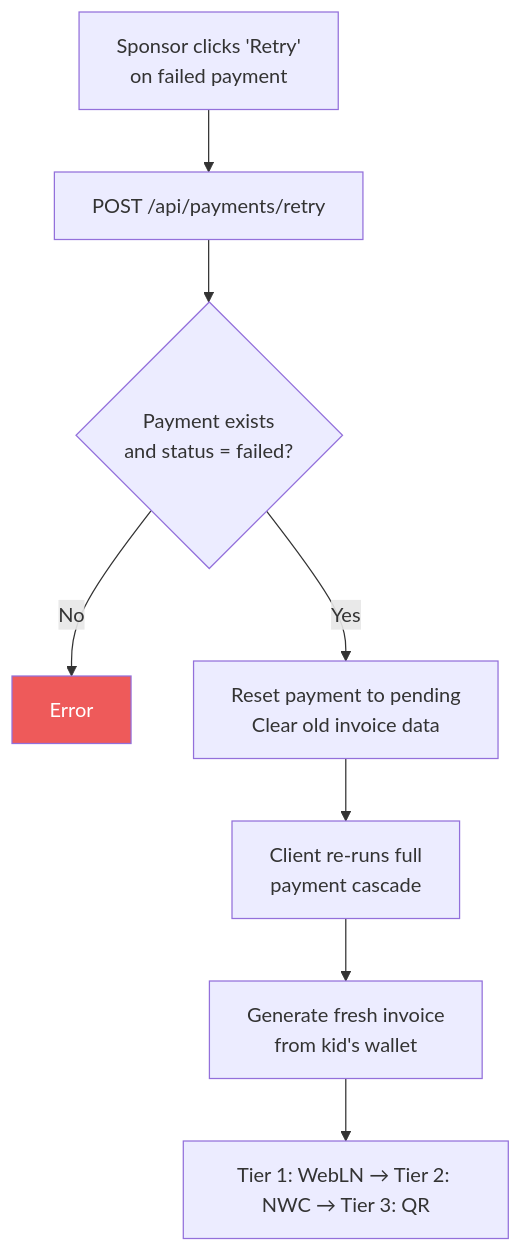
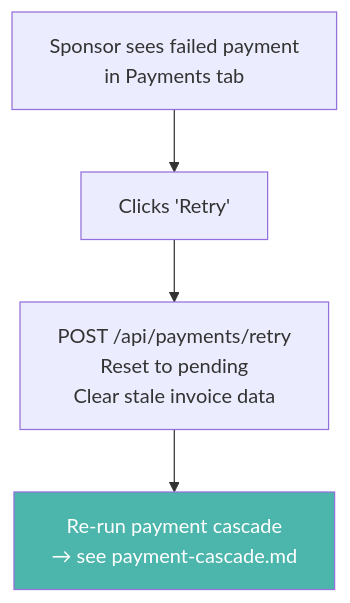
Before and after one commit to bitbybit-ar/bitbybit-habits: the diagram in docs/flows/payment-retry.md, drawn with Mermaid. The commit also changed other lines of this file and 1 other file, not shown here.

Commit message:
docs: add invoice expiry to cascade, deduplicate retry across flow docs

````diff
--- a/docs/flows/payment-retry.md
+++ b/docs/flows/payment-retry.md
@@ -7,12 +16,8 @@
 ```mermaid
 flowchart TD
-    A["Sponsor clicks 'Retry'<br/>on failed payment"] --> B["POST /api/payments/retry"]
-    B --> C{Payment exists<br/>and status = failed?}
-    C -- No --> D["Error"]
-    C -- Yes --> E["Reset payment to pending<br/>Clear old invoice data"]
-    E --> F["Client re-runs full<br/>payment cascade"]
-    F --> G["Generate fresh invoice<br/>from kid's wallet"]
-    G --> H["Tier 1: WebLN → Tier 2: NWC → Tier 3: QR"]
+    A["Sponsor sees failed payment<br/>in Payments tab"] --> B["Clicks 'Retry'"]
+    B --> C["POST /api/payments/retry<br/>Reset to pending<br/>Clear stale invoice data"]
+    C --> D["Re-run payment cascade<br/>→ see payment-cascade.md"]
 
-    style D fill:#EE5A5A,color:#fff
+    style D fill:#4DB6AC,color:#fff
 ```
````
